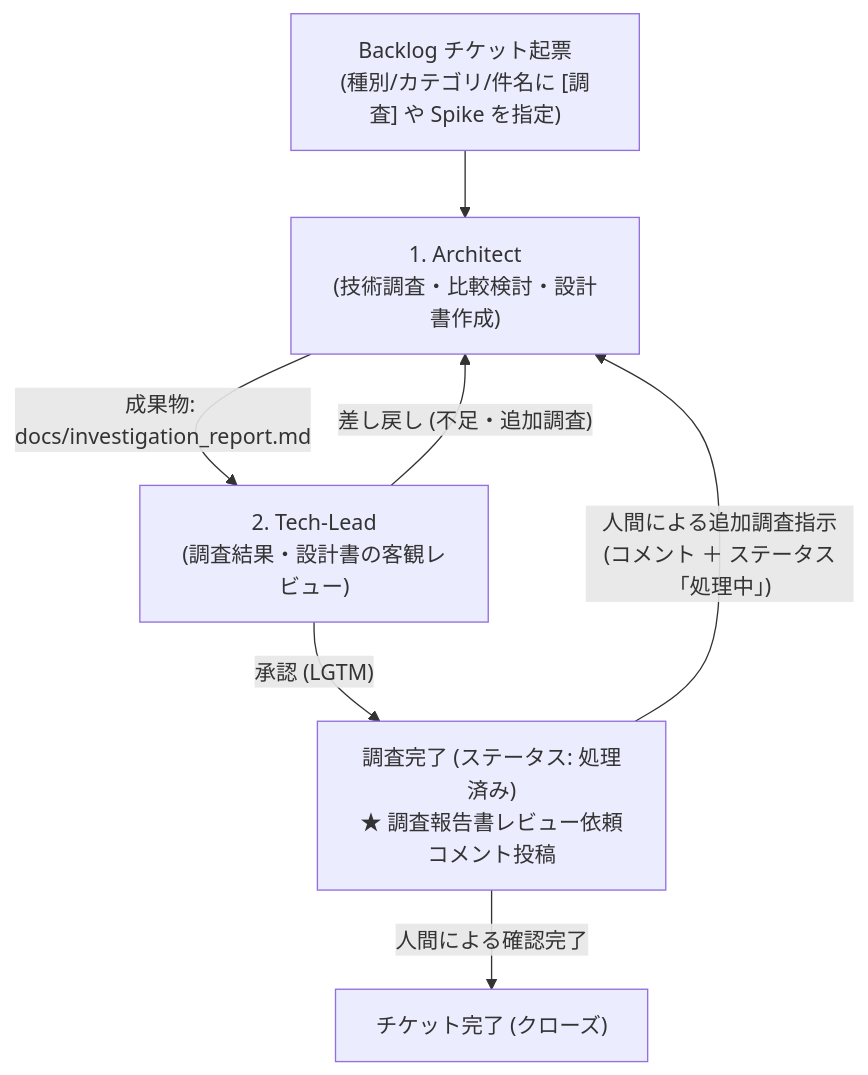
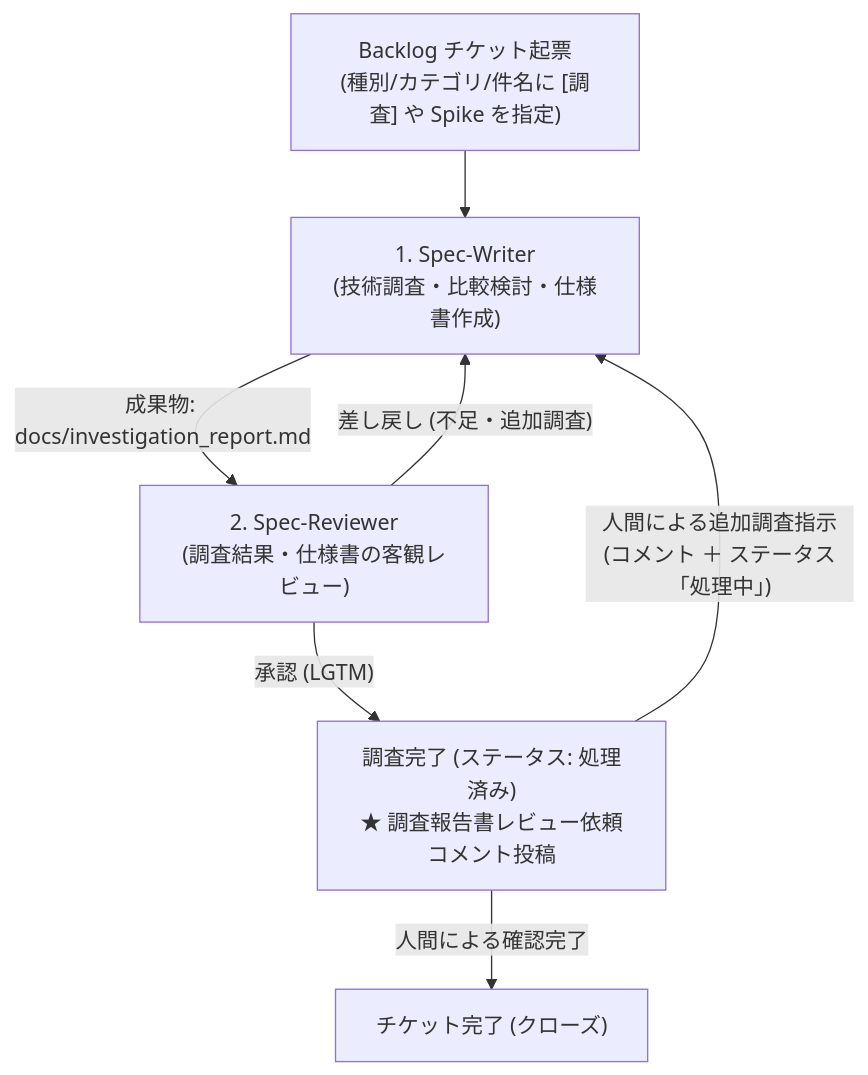
One commit to oharato/aidevflow changed the third of 5 diagrams in docs/architecture.md. Above: the diagram before and after it, drawn with Mermaid. The commit also changed other lines of this file and 18 other files, not shown here.

Commit message:
refactor(roles): rename architect and tech-lead to spec-writer and spec-reviewer (model B-1)

````diff
--- a/docs/architecture.md
+++ b/docs/architecture.md
@@ -262,9 +262,9 @@
 ```mermaid
 flowchart TD
-    Issue["Backlog チケット起票\n(種別/カテゴリ/件名に [調査] や Spike を指定)"] --> Architect["1. Architect\n(技術調査・比較検討・設計書作成)"]
-    Architect -->|"成果物: docs/investigation_report.md"| TechLead["2. Tech-Lead\n(調査結果・設計書の客観レビュー)"]
-    TechLead -->|"差し戻し (不足・追加調査)"| Architect
-    TechLead -->|"承認 (LGTM)"| Done["調査完了 (ステータス: 処理済み)\n★ 調査報告書レビュー依頼コメント投稿"]
+    Issue["Backlog チケット起票\n(種別/カテゴリ/件名に [調査] や Spike を指定)"] --> SpecWriter["1. Spec-Writer\n(技術調査・比較検討・仕様書作成)"]
+    SpecWriter -->|"成果物: docs/investigation_report.md"| SpecReviewer["2. Spec-Reviewer\n(調査結果・仕様書の客観レビュー)"]
+    SpecReviewer -->|"差し戻し (不足・追加調査)"| SpecWriter
+    SpecReviewer -->|"承認 (LGTM)"| Done["調査完了 (ステータス: 処理済み)\n★ 調査報告書レビュー依頼コメント投稿"]
     Done -->|"人間による確認完了"| Closed["チケット完了 (クローズ)"]
-    Done -->|"人間による追加調査指示\n(コメント ＋ ステータス「処理中」)"| Architect
+    Done -->|"人間による追加調査指示\n(コメント ＋ ステータス「処理中」)"| SpecWriter
 ```
````
